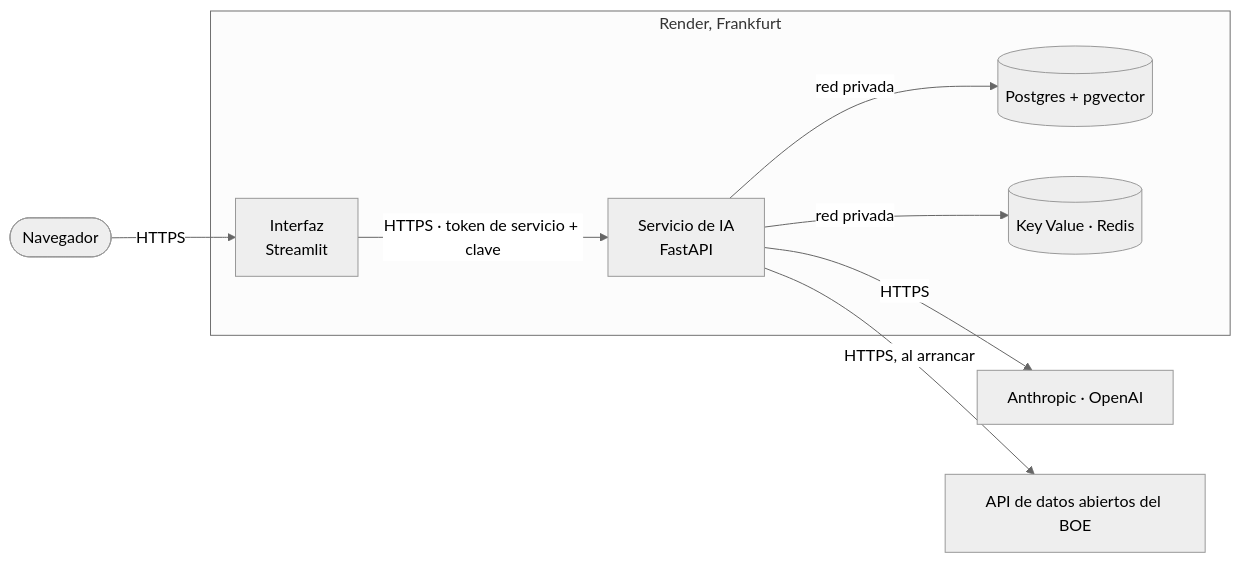
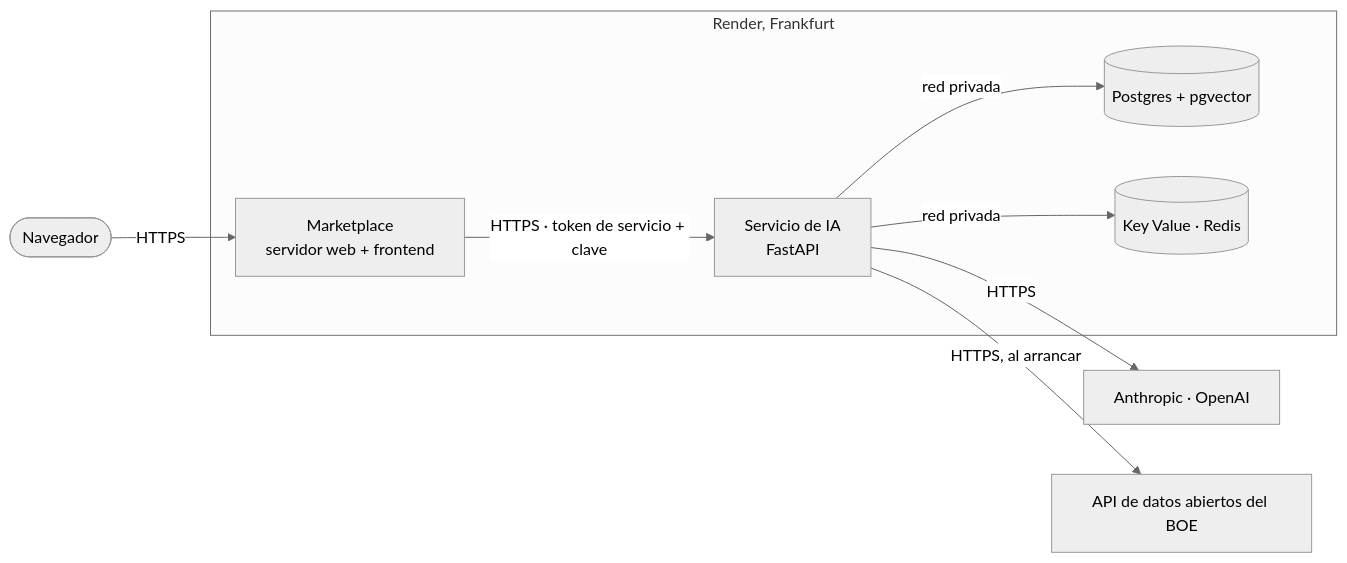
One commit to alexgraupera/AI4Devs-finalproject-AG changed the second of 4 diagrams in README.md. Above: the diagram before and after it, drawn with Mermaid (neutral theme). The commit also changed other lines of this file and 53 other files, not shown here.

First line of the commit message:
feat: the marketplace replaces Streamlit, behind the demo's login

````diff
--- a/README.md
+++ b/README.md
@@ -311,17 +324,17 @@
 ```mermaid
 flowchart LR
     user([Navegador]) -->|HTTPS| ui
 
     subgraph render[Render, Frankfurt]
-        ui[Interfaz<br/>Streamlit]
+        ui[Marketplace<br/>servidor web + frontend]
         api[Servicio de IA<br/>FastAPI]
         db[(Postgres + pgvector)]
         cache[(Key Value · Redis)]
     end
 
     ui -->|HTTPS · token de servicio + clave| api
     api -->|red privada| db
     api -->|red privada| cache
     api -->|HTTPS| providers[Anthropic · OpenAI]
     api -->|HTTPS, al arrancar| boe[API de datos abiertos del BOE]
 ```
````
